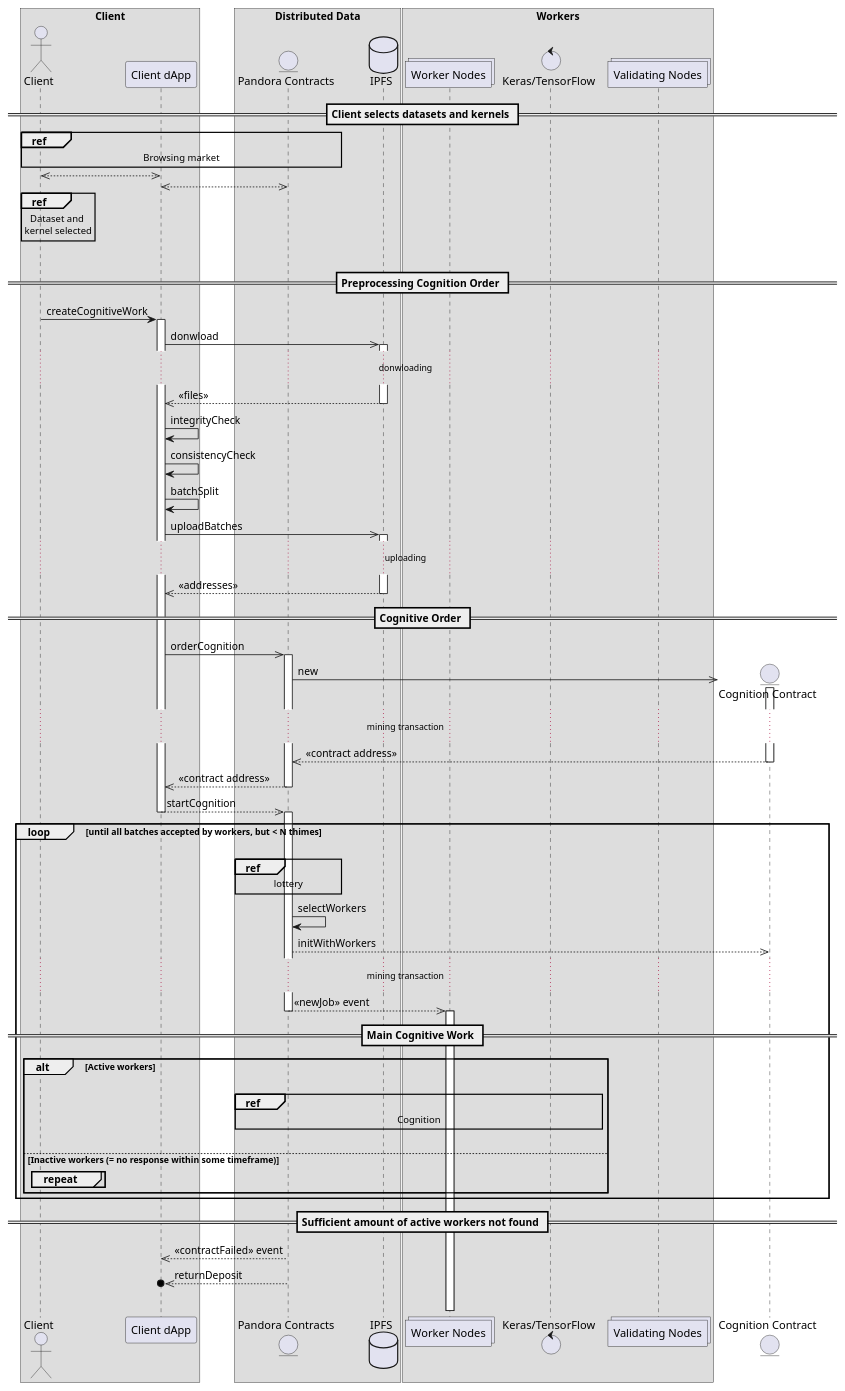
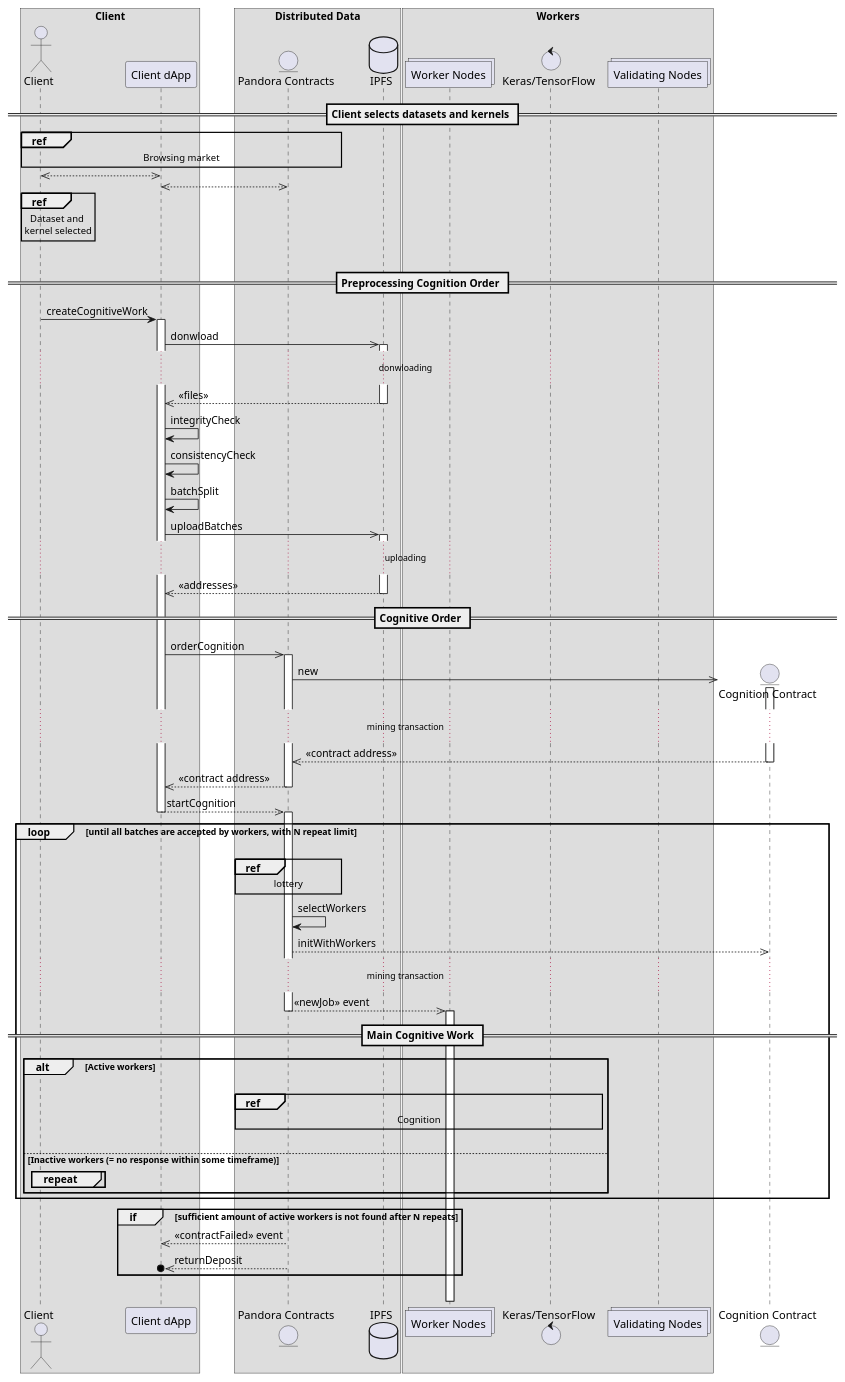
Before and after one commit to pandoraboxchain/pocw-techspecs: the diagram in sequence_cognition_10.plantuml, drawn with PlantUML.

```diff
--- a/sequence_cognition_10.plantuml
+++ b/sequence_cognition_10.plantuml
@@ -1,96 +1,96 @@
 @startuml
 box "Client"
   actor "Client" as client
   participant "Client dApp" as dapp
 end box
 
 box "Distributed Data"
   entity "Pandora Contracts" as pandora
   database "IPFS" as ipfs
 end box
 
 box "Workers"
   collections "Worker Nodes" as workers
   control "Keras/TensorFlow" as nn
   collections "Validating Nodes" as validators
 end box
 
 == Client selects datasets and kernels ==
 
 ref over client, dapp, pandora: Browsing market
 client <<-->> dapp
 dapp <<-->> pandora
 ref over client
   Dataset and 
   kernel selected
 end ref
 
 |||
 
 == Preprocessing Cognition Order ==
 
 client -> dapp: createCognitiveWork
 activate dapp
 dapp ->> ipfs: donwload
 activate ipfs
 ... donwloading ...
 ipfs -->> dapp: << files >>
 deactivate ipfs
 
 dapp -> dapp: integrityCheck
 dapp -> dapp: consistencyCheck
 dapp -> dapp: batchSplit
 dapp ->> ipfs: uploadBatches
 activate ipfs
 ... uploading ...
 ipfs -->> dapp: << addresses >>
 deactivate ipfs
 
 == Cognitive Order ==
 
 dapp ->> pandora: orderCognition
 activate pandora
 create entity "Cognition Contract" as cognition
 pandora ->> cognition: new
 activate cognition
 ... mining transaction ...
 cognition -->> pandora: << contract address >>
 deactivate cognition
 
 pandora -->> dapp: << contract address >>
 deactivate pandora
 
 dapp -->> pandora: startCognition
 deactivate dapp
 activate pandora
 
-loop until all batches accepted by workers, but < N thimes
+loop until all batches are accepted by workers, with N repeat limit
   |||
   ref over pandora: lottery
   pandora -> pandora: selectWorkers
   pandora -->> cognition: initWithWorkers
 ... mining transaction ...
   pandora -->> workers: << newJob >> event
   deactivate pandora
 
 == Main Cognitive Work ==
   activate workers
 
   alt Active workers
     |||
     ref over pandora, nn: Cognition
     |||
   else Inactive workers (= no response within some timeframe)
     group repeat
     end
   end
 end
 
-== Sufficient amount of active workers not found ==
-
-activate pandora
-pandora -->> dapp: << contractFailed >> event
-pandora -->>o dapp: returnDeposit
-deactivate pandora
+group if [sufficient amount of active workers is not found after N repeats]
+  activate pandora
+  pandora -->> dapp: << contractFailed >> event
+  pandora -->>o dapp: returnDeposit
+  deactivate pandora
+end
 |||
 @enduml
```
